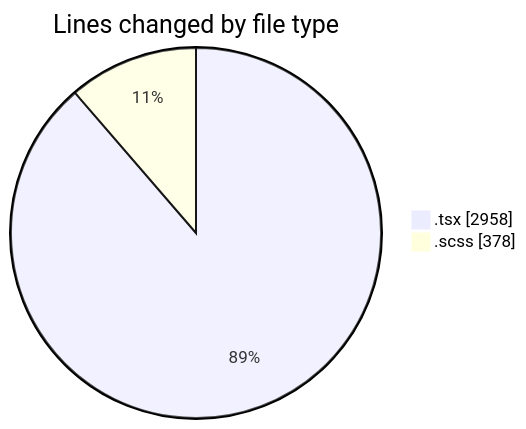
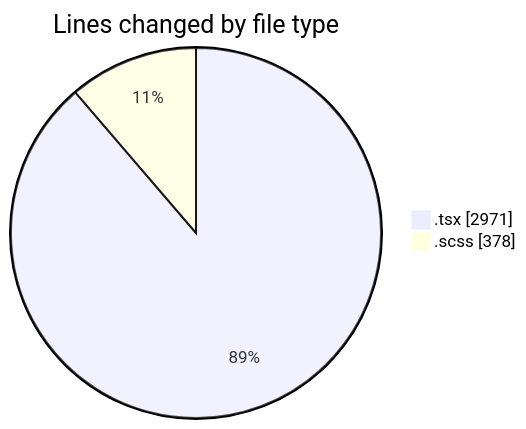
The first of 2 diagrams in 2025-09-30/cda/README.md (momahboobian/code-tracking), drawn with Mermaid before and after one commit. The commit also changed other lines of this file and 1 other file, not shown here.

````diff
--- a/2025-09-30/cda/README.md
+++ b/2025-09-30/cda/README.md
@@ -23,6 +23,6 @@
 ```mermaid
 pie showData
 title Lines changed by file type
-".tsx" : 2958
+".tsx" : 2971
 ".scss" : 378
 ```
````
